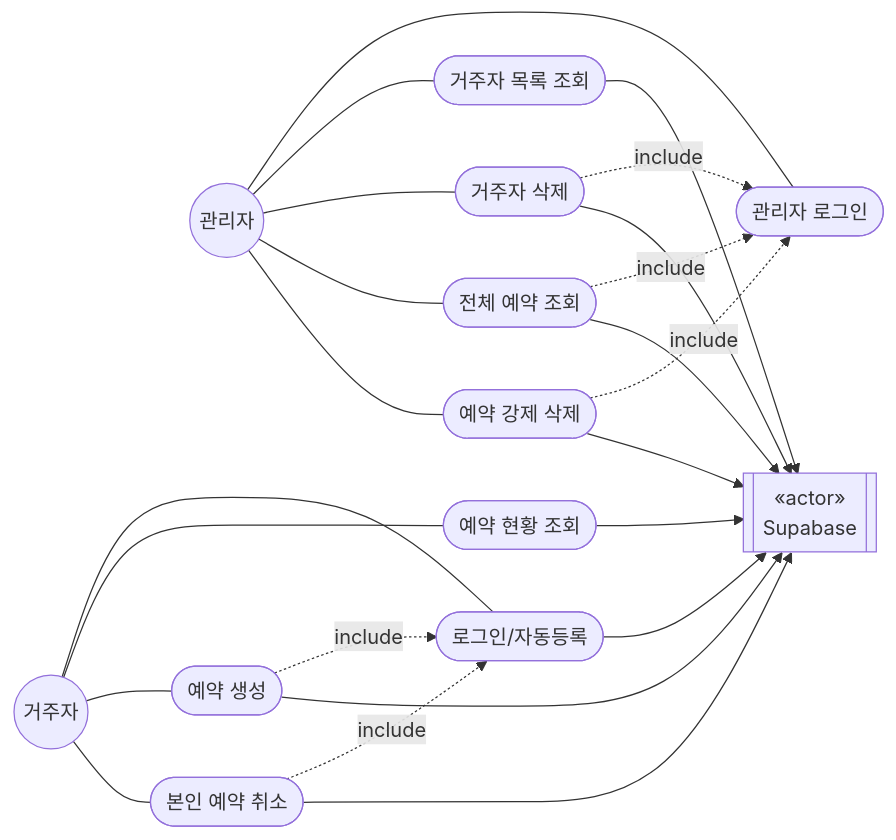
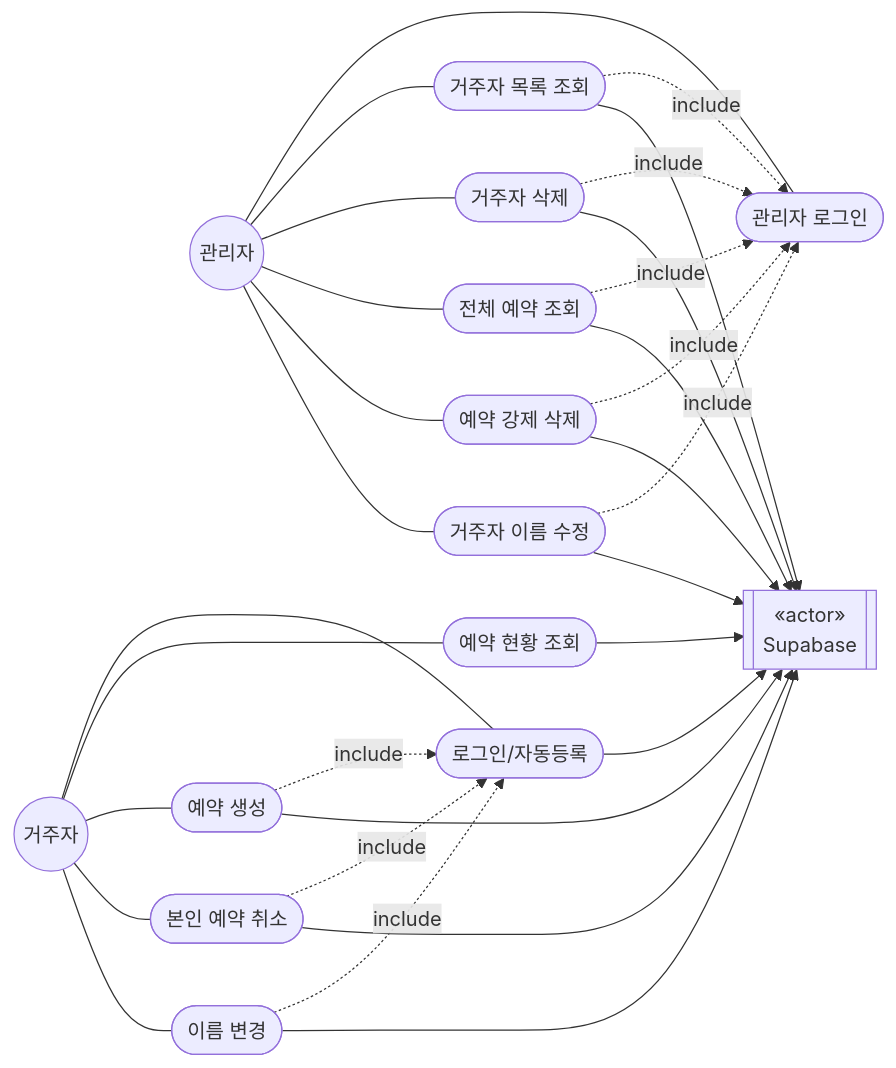
The diagram in docs/usecase-diagram.md (DeVentory/laundry-reservation), drawn with Mermaid before and after one commit. The commit also changed other lines of this file and 2 other files, not shown here.

First line of the commit message:
docs: README를 Supabase·Render 기준으로 갱신하고 유스케이스 문서 정정

````diff
--- a/docs/usecase-diagram.md
+++ b/docs/usecase-diagram.md
@@ -44,42 +45,51 @@
 ```mermaid
 flowchart LR
     Resident((거주자))
     Admin((관리자))
     Supabase[["«actor»<br/>Supabase"]]
 
     UC1([로그인/자동등록])
     UC2([예약 현황 조회])
     UC3([예약 생성])
     UC4([본인 예약 취소])
     UC5([관리자 로그인])
     UC6([거주자 목록 조회])
     UC7([거주자 삭제])
     UC8([전체 예약 조회])
     UC9([예약 강제 삭제])
+    UC10([이름 변경])
+    UC11([거주자 이름 수정])
 
     Resident --- UC1
     Resident --- UC2
     Resident --- UC3
     Resident --- UC4
+    Resident --- UC10
 
     Admin --- UC5
     Admin --- UC6
     Admin --- UC7
     Admin --- UC8
     Admin --- UC9
+    Admin --- UC11
 
     UC3 -.include.-> UC1
     UC4 -.include.-> UC1
+    UC10 -.include.-> UC1
+    UC6 -.include.-> UC5
+    UC11 -.include.-> UC5
     UC7 -.include.-> UC5
     UC8 -.include.-> UC5
     UC9 -.include.-> UC5
 
     UC1 --> Supabase
     UC2 --> Supabase
     UC3 --> Supabase
     UC4 --> Supabase
     UC6 --> Supabase
     UC7 --> Supabase
     UC8 --> Supabase
     UC9 --> Supabase
+    UC10 --> Supabase
+    UC11 --> Supabase
 ```
````
